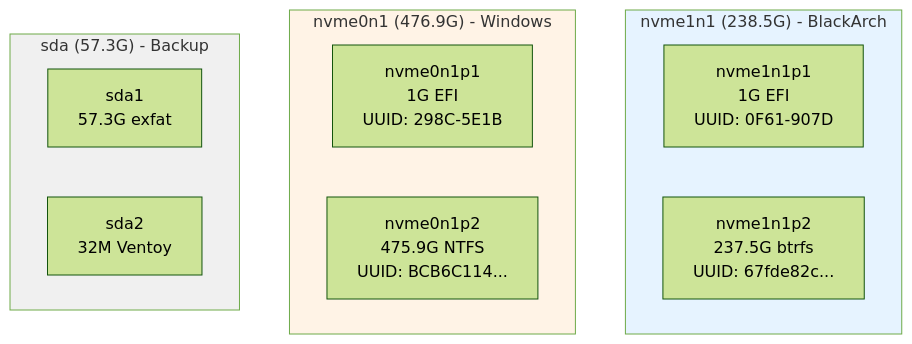
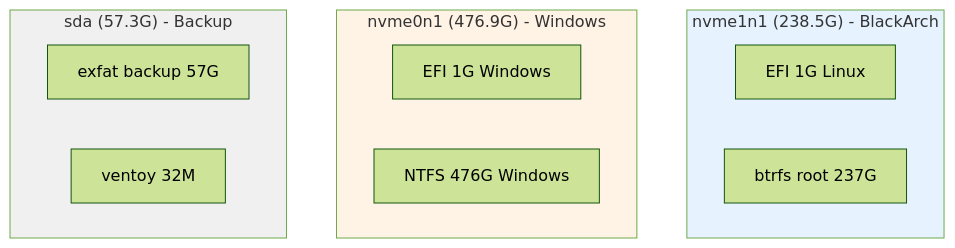
One commit to 444Nazky/My-Vault changed the fourth of 11 diagrams in System/Fixes/Visual-Guides.md. Above: the diagram before and after it, drawn with Mermaid (forest theme). The commit also changed other lines of this file and 8 other files, not shown here.

````diff
--- a/System/Fixes/Visual-Guides.md
+++ b/System/Fixes/Visual-Guides.md
@@ -91,21 +91,21 @@
 ```mermaid
 graph TB
     subgraph nvme1n1["nvme1n1 (238.5G) - BlackArch"]
-        A1[nvme1n1p1<br/>1G EFI<br/>UUID: 0F61-907D]
-        A2[nvme1n1p2<br/>237.5G btrfs<br/>UUID: 67fde82c...]
+        A1["EFI 1G Linux"]
+        A2["btrfs root 237G"]
     end
 
     subgraph nvme0n1["nvme0n1 (476.9G) - Windows"]
-        B1[nvme0n1p1<br/>1G EFI<br/>UUID: 298C-5E1B]
-        B2[nvme0n1p2<br/>475.9G NTFS<br/>UUID: BCB6C114...]
+        B1["EFI 1G Windows"]
+        B2["NTFS 476G Windows"]
     end
 
     subgraph sda["sda (57.3G) - Backup"]
-        C1[sda1<br/>57.3G exfat]
-        C2[sda2<br/>32M Ventoy]
+        C1["exfat backup 57G"]
+        C2["ventoy 32M"]
     end
 
     style nvme1n1 fill:#e6f3ff
     style nvme0n1 fill:#fff3e6
     style sda fill:#f0f0f0
 ```
````
